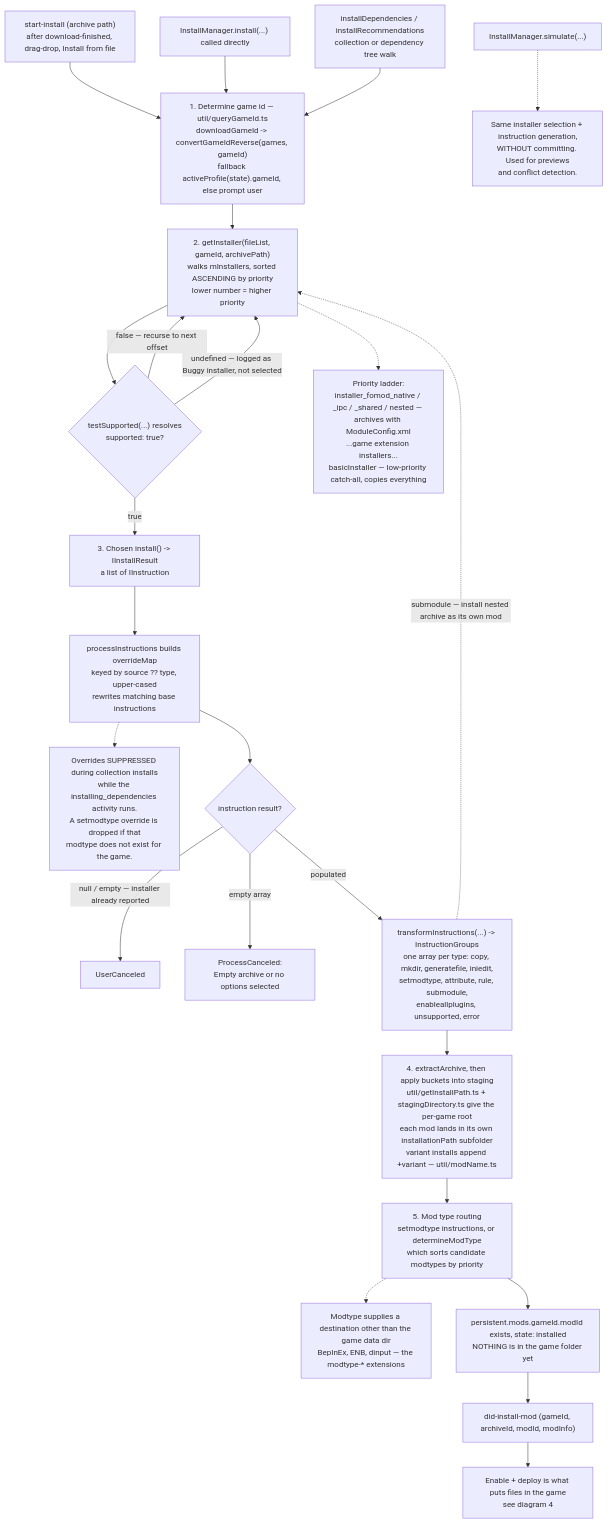
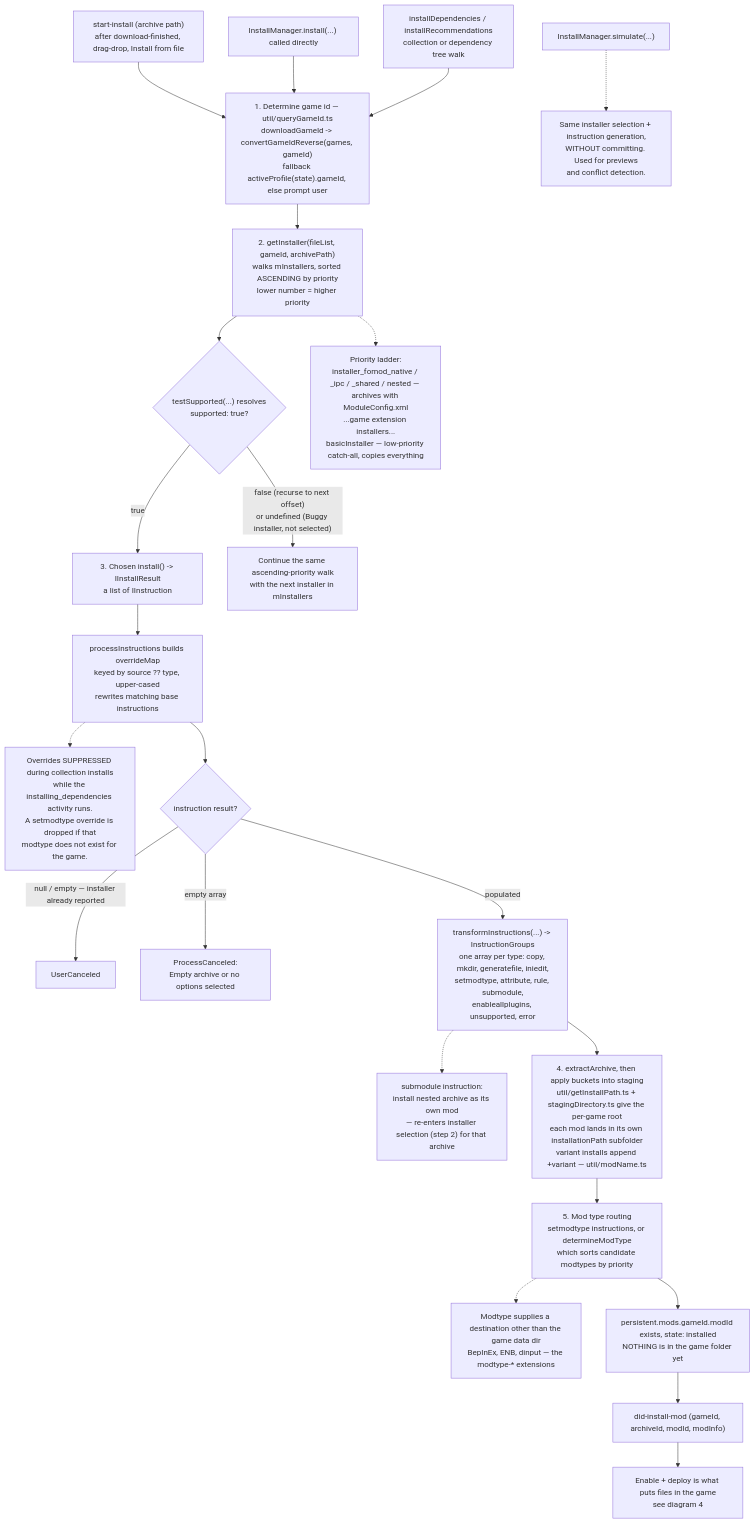
Before and after one commit to ChemGuy1611/ChemBoy1-Vortex-Games: the first of 13 diagrams in resources/VORTEX_FLOWCHARTS.md, drawn with Mermaid. The commit also changed other lines of this file, not shown here.

Commit message:
flowcharts fix

````diff
--- a/resources/VORTEX_FLOWCHARTS.md
+++ b/resources/VORTEX_FLOWCHARTS.md
@@ -35,38 +61,37 @@
 ```mermaid
 flowchart TD
     T1["start-install (archive path)<br/>after download-finished, drag-drop, Install from file"] --> GID
     T2["InstallManager.install(...) called directly"] --> GID
     T3["installDependencies / installRecommendations<br/>collection or dependency tree walk"] --> GID
 
     GID["1. Determine game id — util/queryGameId.ts<br/>downloadGameId -> convertGameIdReverse(games, gameId)<br/>fallback activeProfile(state).gameId, else prompt user"]
     GID --> PICK["2. getInstaller(fileList, gameId, archivePath)<br/>walks mInstallers, sorted ASCENDING by priority<br/>lower number = higher priority"]
 
     PICK --> TEST{"testSupported(...) resolves<br/>supported: true?"}
-    TEST -- "false — recurse to next offset" --> PICK
-    TEST -- "undefined — logged as Buggy installer, not selected" --> PICK
     TEST -- "true" --> RUN["3. Chosen install() -> IInstallResult<br/>a list of IInstruction"]
+    TEST -- "false (recurse to next offset)<br/>or undefined (Buggy installer, not selected)" --> SKIP["Continue the same ascending-priority walk<br/>with the next installer in mInstallers"]
 
     PICK -.-> LADDER["Priority ladder:<br/>installer_fomod_native / _ipc / _shared / nested — archives with ModuleConfig.xml<br/>...game extension installers...<br/>basicInstaller — low-priority catch-all, copies everything"]
 
     RUN --> OVR["processInstructions builds overrideMap<br/>keyed by source ?? type, upper-cased<br/>rewrites matching base instructions"]
     OVR -.-> OVRN["Overrides SUPPRESSED during collection installs<br/>while the installing_dependencies activity runs.<br/>A setmodtype override is dropped if that<br/>modtype does not exist for the game."]
 
     OVR --> EMPTY{"instruction result?"}
     EMPTY -- "null / empty — installer already reported" --> UC["UserCanceled"]
     EMPTY -- "empty array" --> PCAN["ProcessCanceled:<br/>Empty archive or no options selected"]
     EMPTY -- "populated" --> BUCKET
 
     BUCKET["transformInstructions(...) -> InstructionGroups<br/>one array per type: copy, mkdir, generatefile, iniedit,<br/>setmodtype, attribute, rule, submodule,<br/>enableallplugins, unsupported, error"]
-    BUCKET -. "submodule — install nested archive as its own mod" .-> PICK
+    BUCKET -.-> SUBNOTE["submodule instruction:<br/>install nested archive as its own mod<br/>— re-enters installer selection (step 2) for that archive"]
 
     BUCKET --> STAGE["4. extractArchive, then apply buckets into staging<br/>util/getInstallPath.ts + stagingDirectory.ts give the per-game root<br/>each mod lands in its own installationPath subfolder<br/>variant installs append +variant — util/modName.ts"]
 
     STAGE --> MTYPE["5. Mod type routing<br/>setmodtype instructions, or determineModType<br/>which sorts candidate modtypes by priority"]
     MTYPE -.-> MTN["Modtype supplies a destination other than the game data dir<br/>BepInEx, ENB, dinput — the modtype-* extensions"]
 
     MTYPE --> ST["persistent.mods.gameId.modId exists, state: installed<br/>NOTHING is in the game folder yet"]
     ST --> EV["did-install-mod (gameId, archiveId, modId, modInfo)"]
     EV --> NEXT["Enable + deploy is what puts files in the game<br/>see diagram 4"]
 
     SIM["InstallManager.simulate(...)"] -.-> SIMN["Same installer selection + instruction generation,<br/>WITHOUT committing. Used for previews<br/>and conflict detection."]
 ```
````
